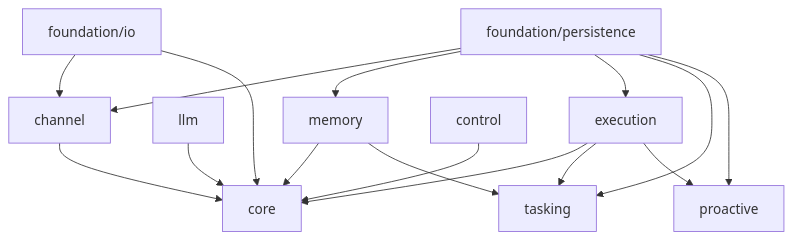
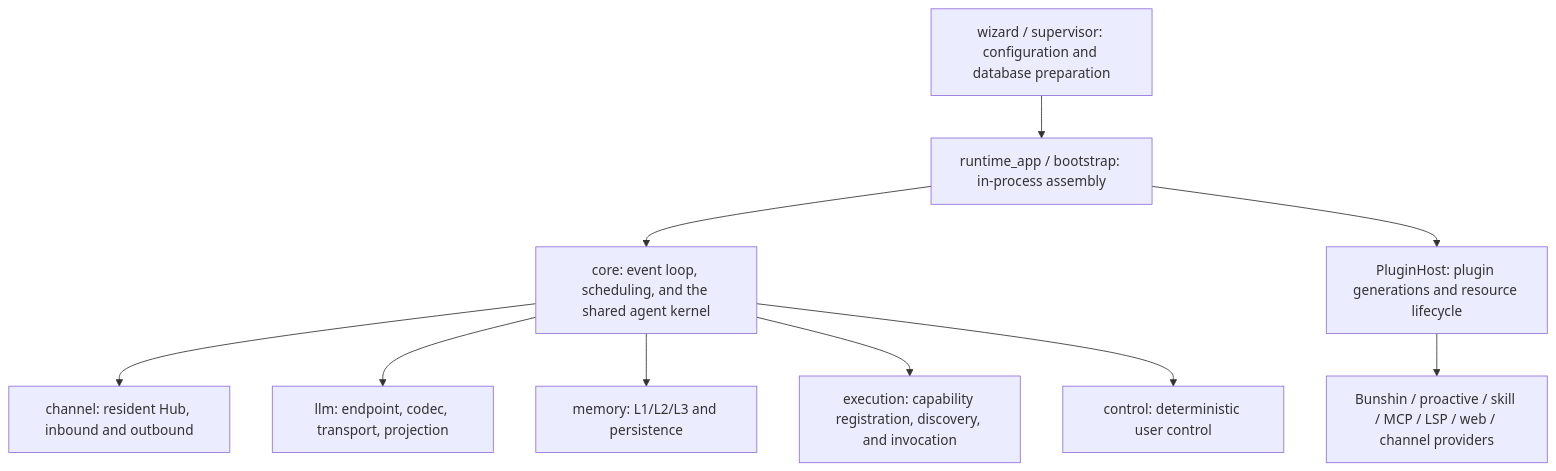
The diagram in docs/pal_runtime_stack.md (OtakuNathan/Pal), drawn with Mermaid before and after one commit. The commit also changed other lines of this file and 64 other files, not shown here.

````diff
--- a/docs/pal_runtime_stack.md
+++ b/docs/pal_runtime_stack.md
@@ -7,31 +8,12 @@
 ```mermaid
 flowchart TD
-    IO["foundation/io"]
-    PERSIST["foundation/persistence"]
-    CH["channel"]
-    LLM["llm"]
-    MEM["memory"]
-    EX["execution"]
-    CTRL["control"]
-    CORE["core"]
-    TASK["tasking"]
-    PRO["proactive"]
-
-    IO --> CH
-    IO --> CORE
-    PERSIST --> CH
-    PERSIST --> MEM
-    PERSIST --> EX
-    PERSIST --> TASK
-    PERSIST --> PRO
-
-    CH --> CORE
-    CTRL --> CORE
-    MEM --> CORE
-    EX --> CORE
-    LLM --> CORE
-
-    EX --> TASK
-    EX --> PRO
-    MEM --> TASK
+    W["wizard / supervisor: configuration and database preparation"] --> APP["runtime_app / bootstrap: in-process assembly"]
+    APP --> CORE["core: event loop, scheduling, and the shared agent kernel"]
+    APP --> HOST["PluginHost: plugin generations and resource lifecycle"]
+    CORE --> CH["channel: resident Hub, inbound and outbound"]
+    CORE --> LLM["llm: endpoint, codec, transport, projection"]
+    CORE --> MEM["memory: L1/L2/L3 and persistence"]
+    CORE --> EX["execution: capability registration, discovery, and invocation"]
+    CORE --> CTRL["control: deterministic user control"]
+    HOST --> EXT["Bunshin / proactive / skill / MCP / LSP / web / channel providers"]
 ```
````
